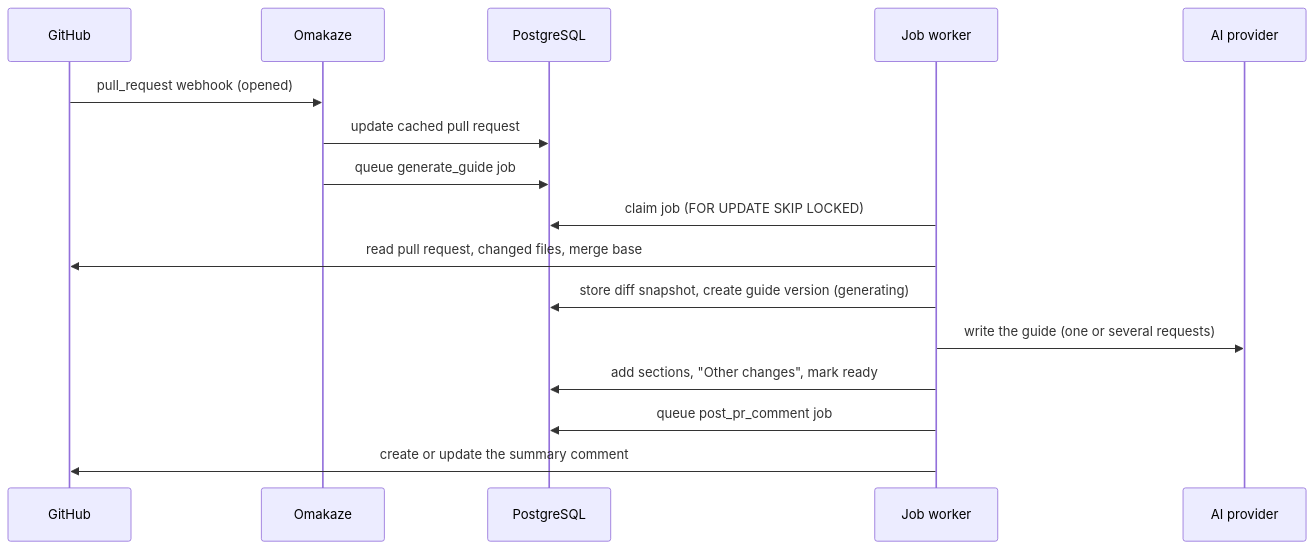
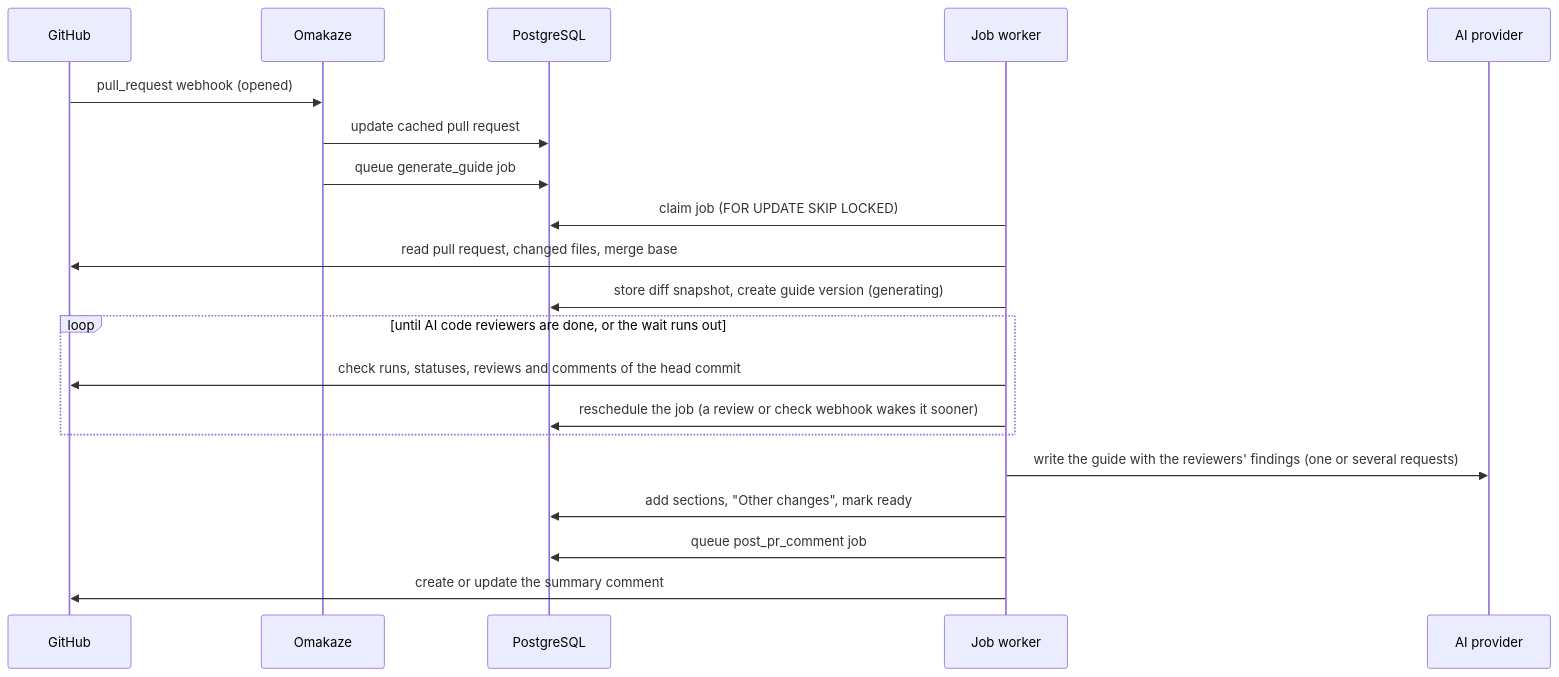
One commit to tom-byrn/Omakaze changed the second of 3 diagrams in docs/architecture.md. Above: the diagram before and after it, drawn with Mermaid. The commit also changed 42 other files, not shown here.

````diff
--- a/docs/architecture.md
+++ b/docs/architecture.md
@@ -57,18 +57,22 @@
 ```mermaid
 sequenceDiagram
   participant GH as GitHub
   participant S as Omakaze
   participant DB as PostgreSQL
   participant W as Job worker
   participant AI as AI provider
   GH->>S: pull_request webhook (opened)
   S->>DB: update cached pull request
   S->>DB: queue generate_guide job
   W->>DB: claim job (FOR UPDATE SKIP LOCKED)
   W->>GH: read pull request, changed files, merge base
   W->>DB: store diff snapshot, create guide version (generating)
-  W->>AI: write the guide (one or several requests)
+  loop until AI code reviewers are done, or the wait runs out
+    W->>GH: check runs, statuses, reviews and comments of the head commit
+    W->>DB: reschedule the job (a review or check webhook wakes it sooner)
+  end
+  W->>AI: write the guide with the reviewers' findings (one or several requests)
   W->>DB: add sections, "Other changes", mark ready
   W->>DB: queue post_pr_comment job
   W->>GH: create or update the summary comment
 ```
````
